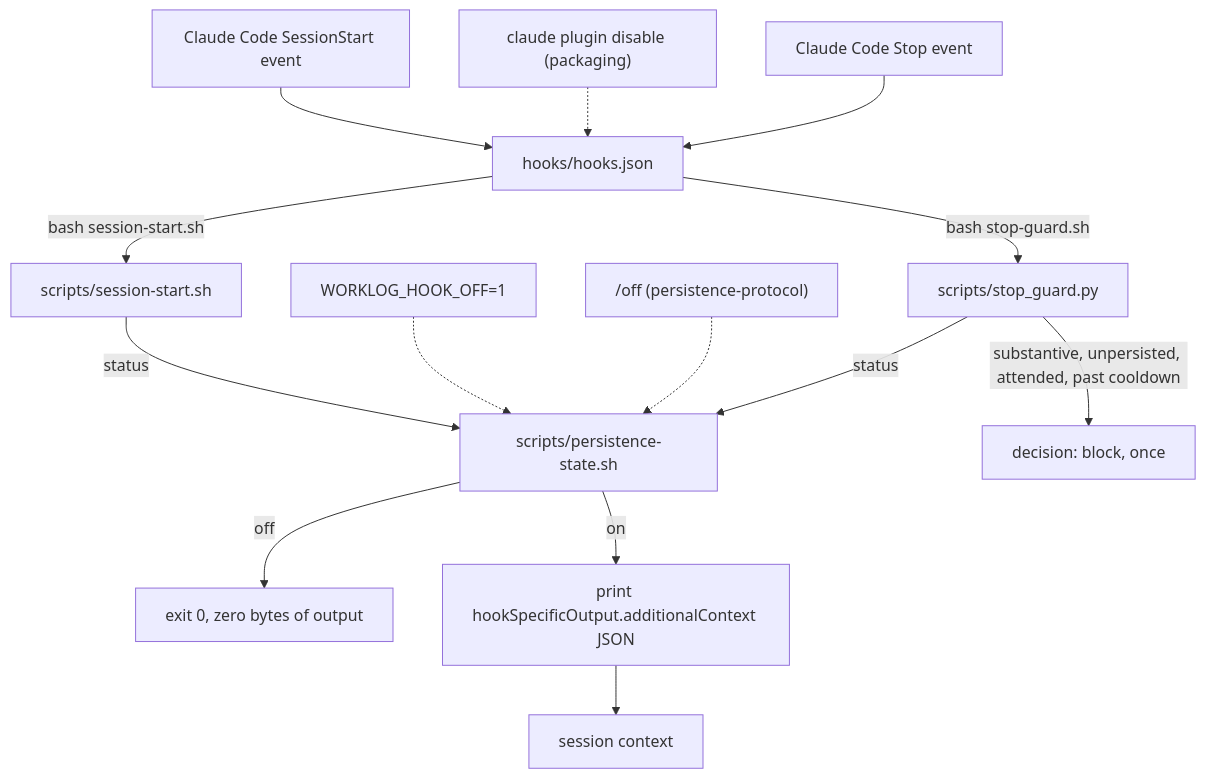
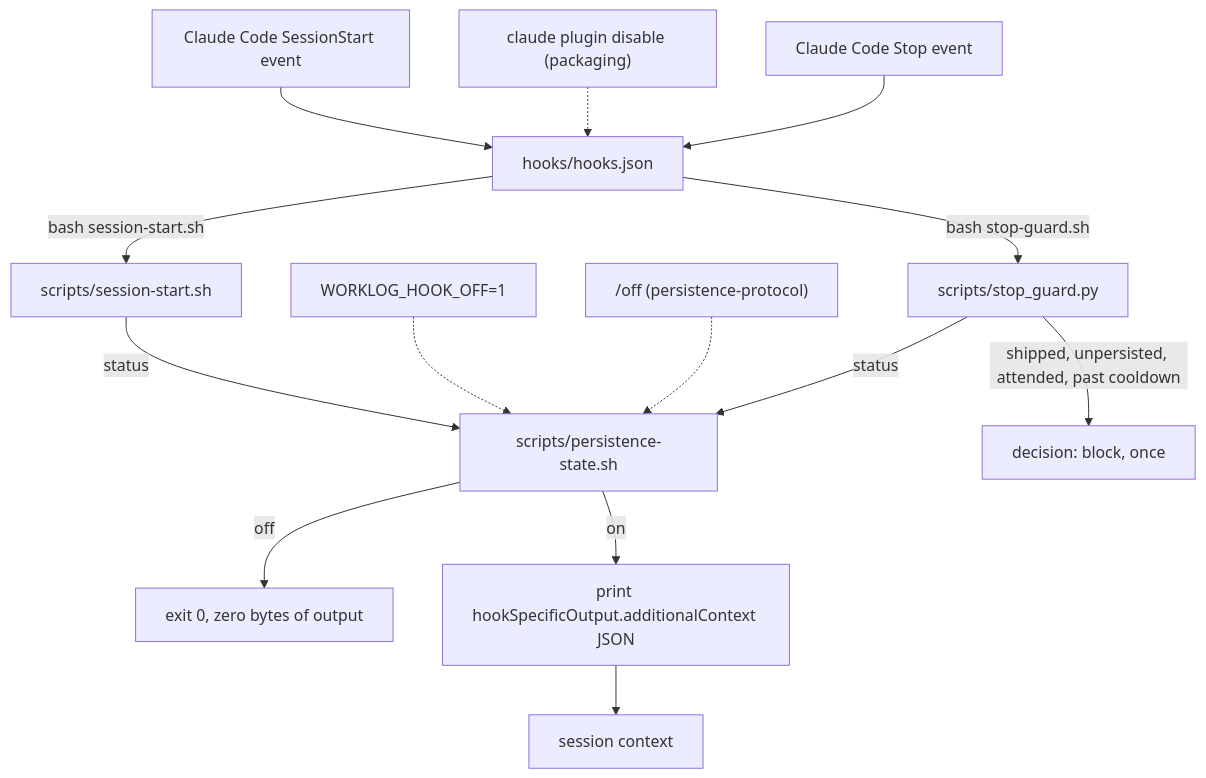
The diagram in docs/session-hook/README.md (kolezka/worklog-persist), drawn with Mermaid before and after one commit. The commit also changed other lines of this file and 17 other files, not shown here.

````diff
--- a/docs/session-hook/README.md
+++ b/docs/session-hook/README.md
@@ -74,16 +74,16 @@
 ```mermaid
 flowchart TD
     Event["Claude Code SessionStart event"] --> Hook["hooks/hooks.json"]
     Hook -->|"bash session-start.sh"| Start["scripts/session-start.sh"]
     Start -->|"status"| State["scripts/persistence-state.sh"]
     State -->|"off"| Skip["exit 0, zero bytes of output"]
     State -->|"on"| Emit["print hookSpecificOutput.additionalContext JSON"]
     Emit --> Ctx["session context"]
     EnvVar["WORKLOG_HOOK_OFF=1"] -.-> State
     OffCmd["/off (persistence-protocol)"] -.-> State
     Disable["claude plugin disable (packaging)"] -.-> Hook
     StopEvent["Claude Code Stop event"] --> Hook
     Hook -->|"bash stop-guard.sh"| Guard["scripts/stop_guard.py"]
     Guard -->|"status"| State
-    Guard -->|"substantive, unpersisted, attended, past cooldown"| Block["decision: block, once"]
+    Guard -->|"shipped, unpersisted, attended, past cooldown"| Block["decision: block, once"]
 ```
````
